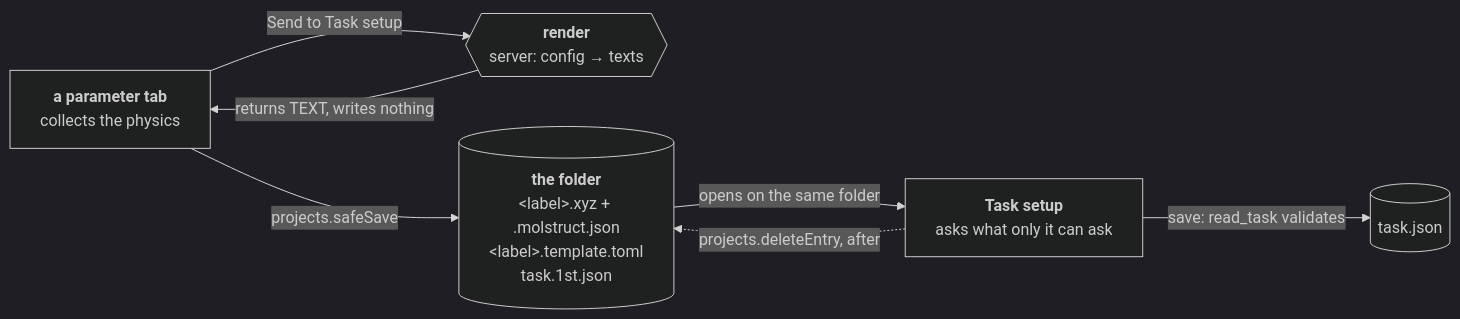
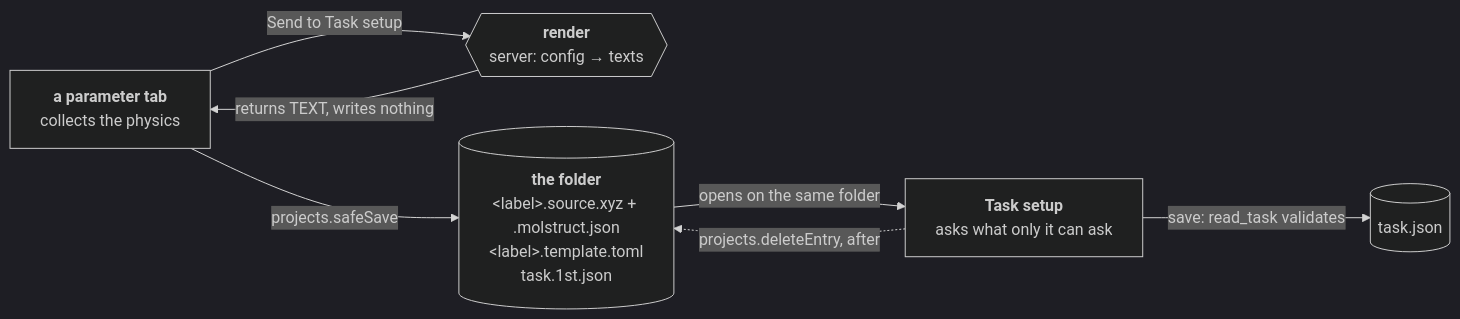
The diagram in docs/web/handover-procedure.md (Qing-LAB/molbuilder), drawn with Mermaid (dark theme) before and after one commit. The commit also changed 31 other files, not shown here.

````diff
--- a/docs/web/handover-procedure.md
+++ b/docs/web/handover-procedure.md
@@ -39,14 +39,14 @@
 ```mermaid
 flowchart LR
   P["<b>a parameter tab</b><br/>collects the physics"]
   R{{"<b>render</b><br/>server: config → texts"}}
-  W[("<b>the folder</b><br/>&lt;label&gt;.xyz + .molstruct.json<br/>&lt;label&gt;.template.toml<br/>task.1st.json")]
+  W[("<b>the folder</b><br/>&lt;label&gt;.source.xyz + .molstruct.json<br/>&lt;label&gt;.template.toml<br/>task.1st.json")]
   T["<b>Task setup</b><br/>asks what only it can ask"]
   D[("task.json")]
   P -->|"Send to Task setup"| R
   R -->|"returns TEXT, writes nothing"| P
   P -->|"projects.safeSave"| W
   W -->|"opens on the same folder"| T
   T -->|"save: read_task validates"| D
   T -.->|"projects.deleteEntry, after"| W
 ```
````
